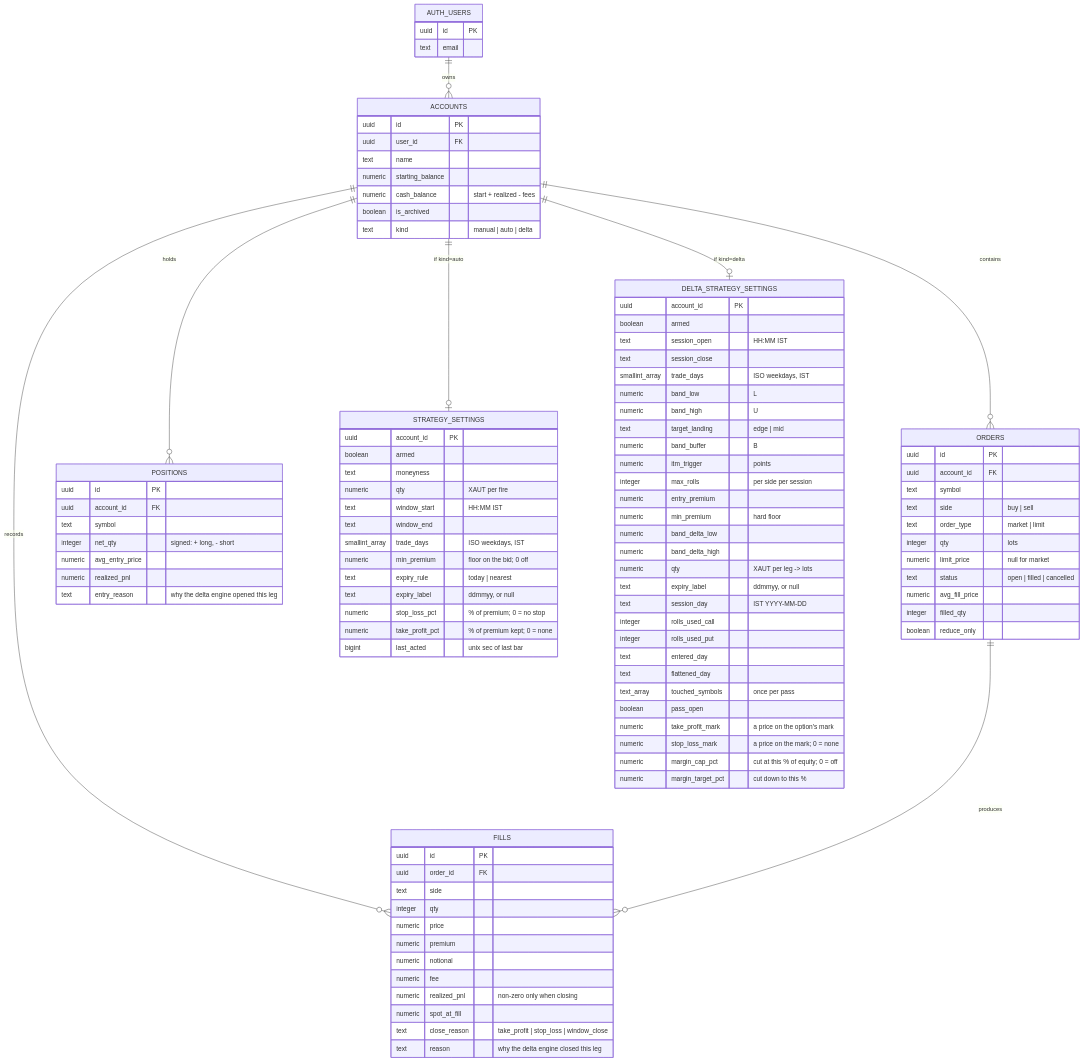
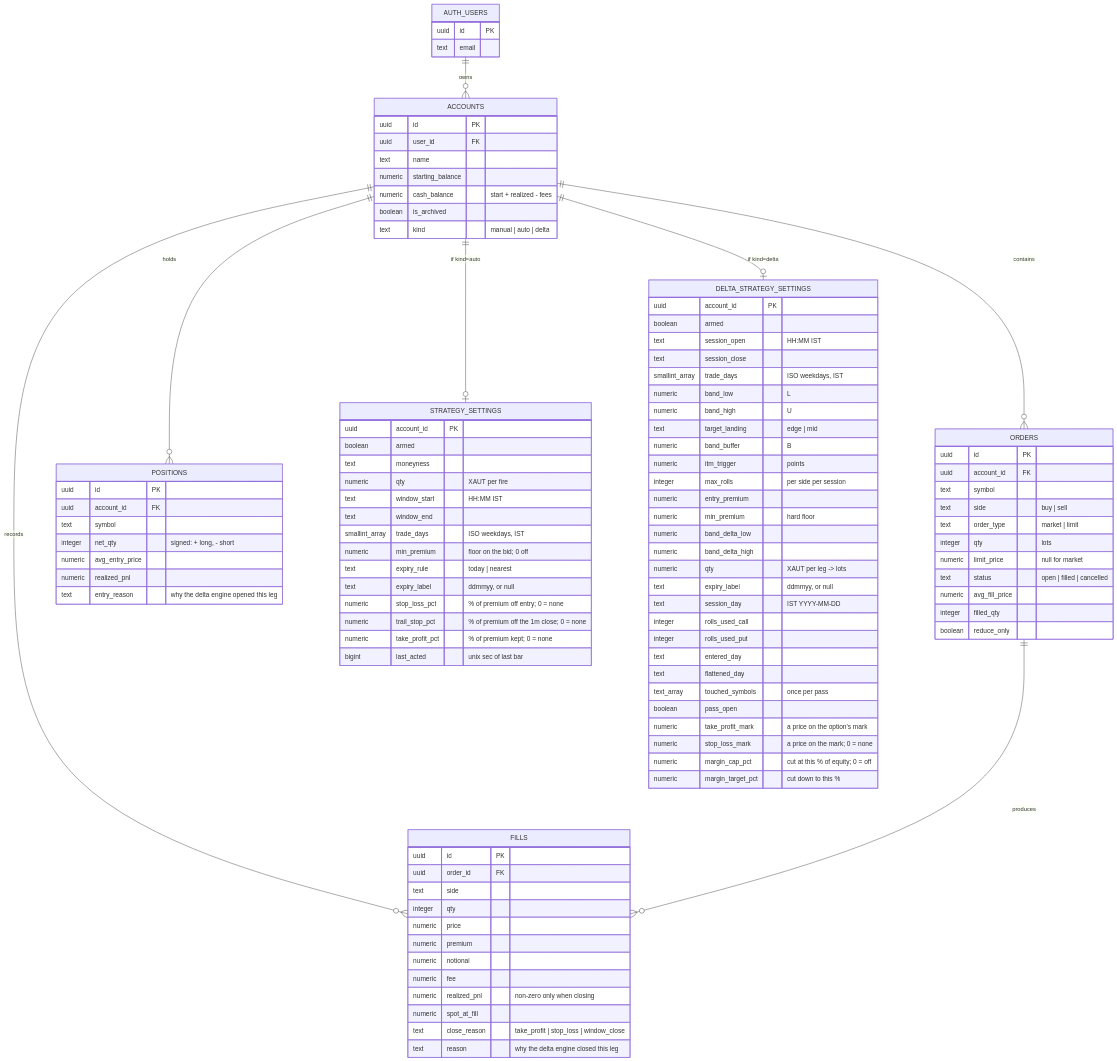
The first of 6 diagrams in docs/LLD.md (Vitti-Capital-Tech/XAUT-Options), drawn with Mermaid before and after one commit. The commit also changed other lines of this file and 5 other files, not shown here.

```diff
--- a/docs/LLD.md
+++ b/docs/LLD.md
@@ -75,7 +75,8 @@
         numeric min_premium "floor on the bid; 0 off"
         text expiry_rule "today | nearest"
         text expiry_label "ddmmyy, or null"
-        numeric stop_loss_pct "% of premium; 0 = no stop"
+        numeric stop_loss_pct "% of premium off entry; 0 = none"
+        numeric trail_stop_pct "% of premium off the 1m close; 0 = none"
         numeric take_profit_pct "% of premium kept; 0 = none"
         bigint last_acted "unix sec of last bar"
     }
```
